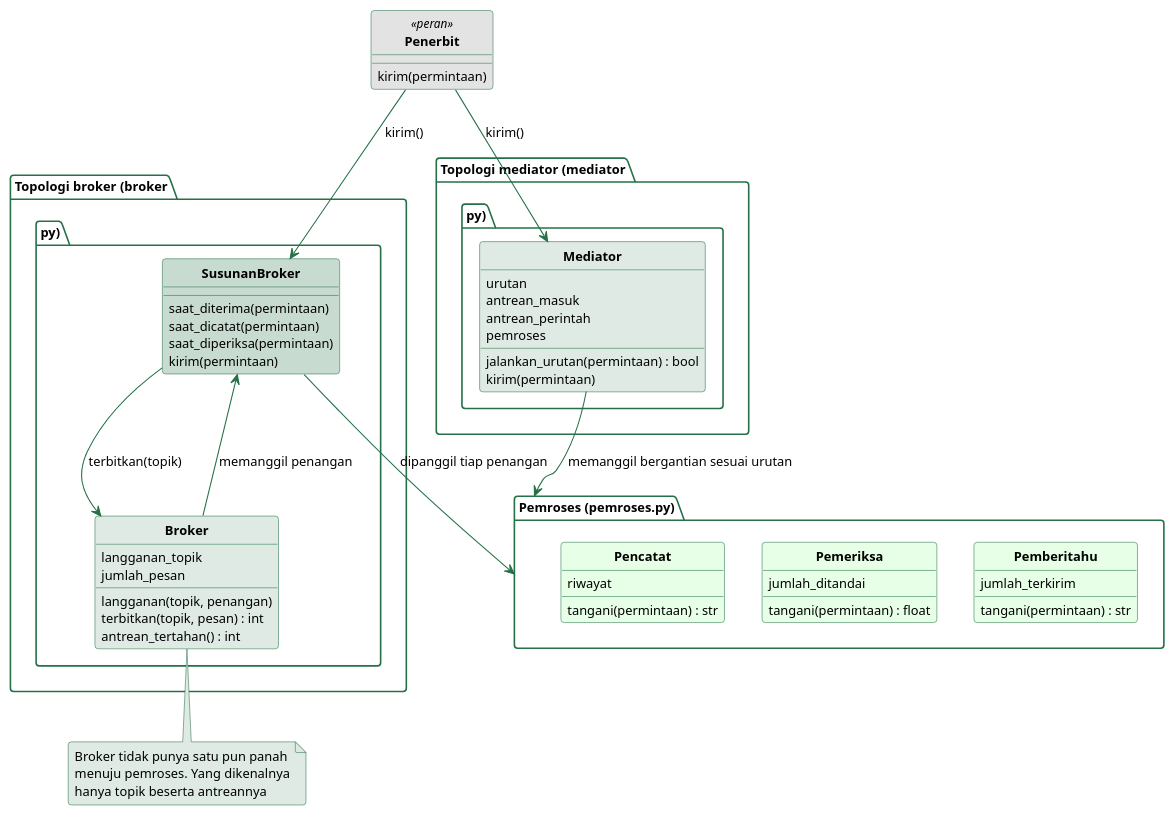
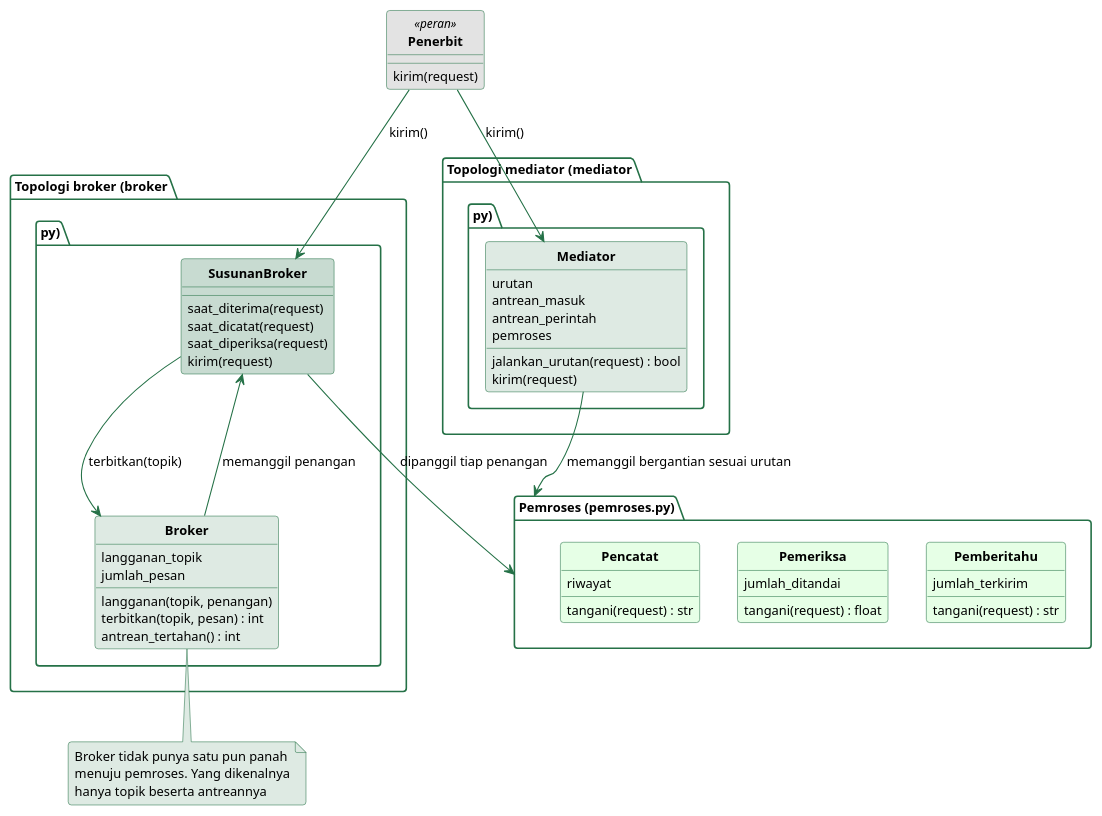
Before and after one commit to alfa-yohannis/software-architecture: the diagram in sources/chapter09/diagram/kelas-event.puml, drawn with PlantUML. The commit also changed 83 other files, not shown here.

```diff
--- a/sources/chapter09/diagram/kelas-event.puml
+++ b/sources/chapter09/diagram/kelas-event.puml
@@ -12,94 +12,94 @@
 @startuml
 skinparam backgroundColor transparent
 skinparam defaultFontName Titillium Web
 skinparam defaultFontSize 13
 skinparam shadowing false
 skinparam roundCorner 6
 skinparam classAttributeIconSize 0
 skinparam classFontStyle bold
 skinparam ArrowColor #257147
 skinparam ArrowFontSize 12
 skinparam class {
   BorderColor #257147
   BackgroundColor #EBEBFF
   FontColor black
   AttributeFontSize 12
   StereotypeFontSize 11
 }
 skinparam package {
   BorderColor #257147
   BackgroundColor transparent
   FontColor black
   FontSize 12
 }
 skinparam note {
   BackgroundColor #DEEAE3
   BorderColor #257147
   FontSize 12
 }
 hide circle
 
 class Penerbit <<peran>> #E3E3E3 {
-  kirim(permintaan)
+  kirim(request)
 }
 
 package "Topologi broker (broker.py)" {
   class SusunanBroker #C8DBD1 {
-    saat_diterima(permintaan)
-    saat_dicatat(permintaan)
-    saat_diperiksa(permintaan)
-    kirim(permintaan)
+    saat_diterima(request)
+    saat_dicatat(request)
+    saat_diperiksa(request)
+    kirim(request)
   }
 
   class Broker #DEEAE3 {
     langganan_topik
     jumlah_pesan
     langganan(topik, penangan)
     terbitkan(topik, pesan) : int
     antrean_tertahan() : int
   }
 }
 
 package "Topologi mediator (mediator.py)" {
   class Mediator #DEEAE3 {
     urutan
     antrean_masuk
     antrean_perintah
     pemroses
-    jalankan_urutan(permintaan) : bool
-    kirim(permintaan)
+    jalankan_urutan(request) : bool
+    kirim(request)
   }
 }
 
 package "Pemroses (pemroses.py)" as Pemroses {
   class Pencatat #E6FFE6 {
     riwayat
-    tangani(permintaan) : str
+    tangani(request) : str
   }
   class Pemeriksa #E6FFE6 {
     jumlah_ditandai
-    tangani(permintaan) : float
+    tangani(request) : float
   }
   class Pemberitahu #E6FFE6 {
     jumlah_terkirim
-    tangani(permintaan) : str
+    tangani(request) : str
   }
 }
 
 Penerbit -down-> SusunanBroker : kirim()
 Penerbit -down-> Mediator : kirim()
 SusunanBroker -down-> Broker : terbitkan(topik)
 Broker -up-> SusunanBroker : memanggil penangan
 SusunanBroker -down-> Pemroses : dipanggil tiap penangan
 Mediator -down-> Pemroses : memanggil bergantian sesuai urutan
 ' Panah tersembunyi hanya mengatur urutan kotak, agar ketiga pemroses tampil
 ' sesuai urutan kerjanya.
 Pencatat -[hidden]right- Pemeriksa
 Pemeriksa -[hidden]right- Pemberitahu
 
 note bottom of Broker
   Broker tidak punya satu pun panah
   menuju pemroses. Yang dikenalnya
   hanya topik beserta antreannya
 end note
 @enduml
```
